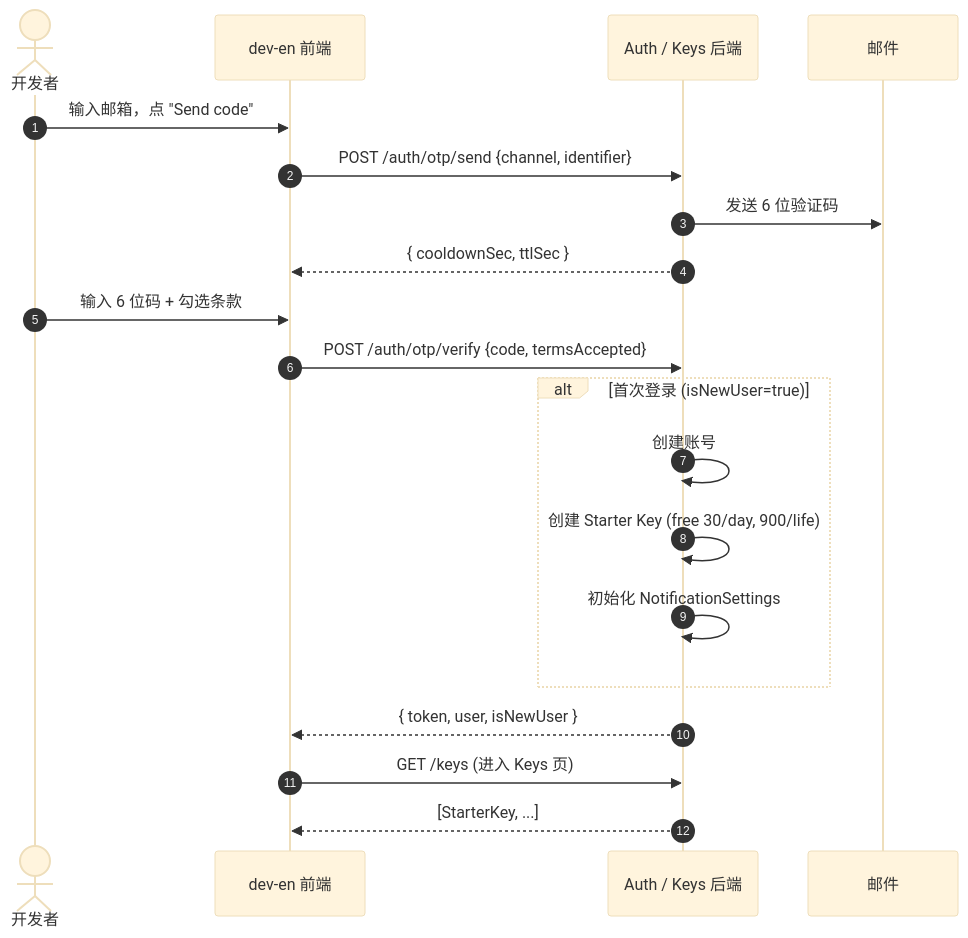
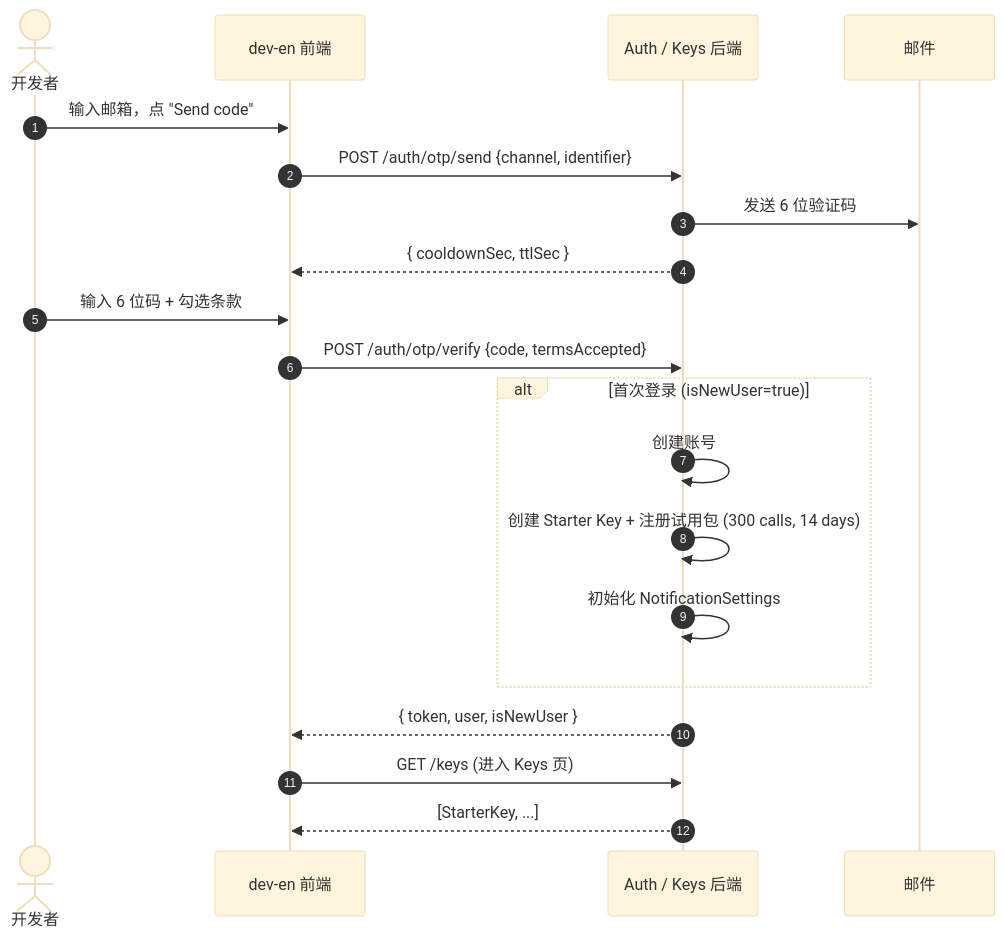
The third of 7 diagrams in docs/dev-en-api-spec.md (boyzhong123/mcp22), drawn with Mermaid (base theme) before and after one commit. The commit also changed other lines of this file and 83 other files, not shown here.

````diff
--- a/docs/dev-en-api-spec.md
+++ b/docs/dev-en-api-spec.md
@@ -144,23 +134,23 @@
 ```mermaid
 sequenceDiagram
   autonumber
   actor Dev as 开发者
   participant FE as dev-en 前端
   participant API as Auth / Keys 后端
   participant MAIL as 邮件
 
   Dev->>FE: 输入邮箱，点 "Send code"
   FE->>API: POST /auth/otp/send {channel, identifier}
   API->>MAIL: 发送 6 位验证码
   API-->>FE: { cooldownSec, ttlSec }
   Dev->>FE: 输入 6 位码 + 勾选条款
   FE->>API: POST /auth/otp/verify {code, termsAccepted}
   alt 首次登录 (isNewUser=true)
     API->>API: 创建账号
-    API->>API: 创建 Starter Key (free 30/day, 900/life)
+    API->>API: 创建 Starter Key + 注册试用包 (300 calls, 14 days)
     API->>API: 初始化 NotificationSettings
   end
   API-->>FE: { token, user, isNewUser }
   FE->>API: GET /keys  (进入 Keys 页)
   API-->>FE: [StarterKey, ...]
 ```
````
